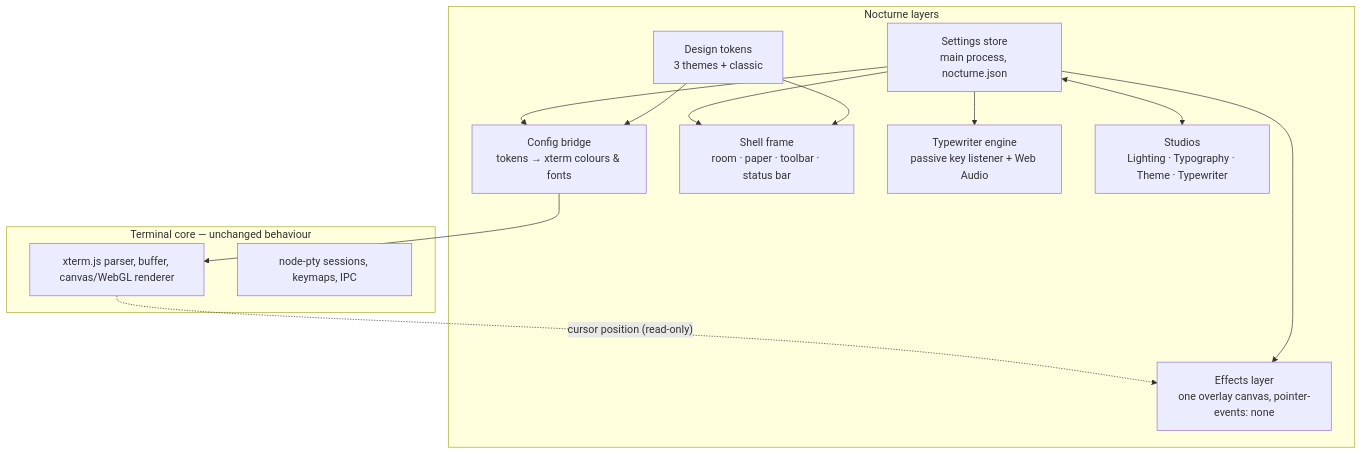
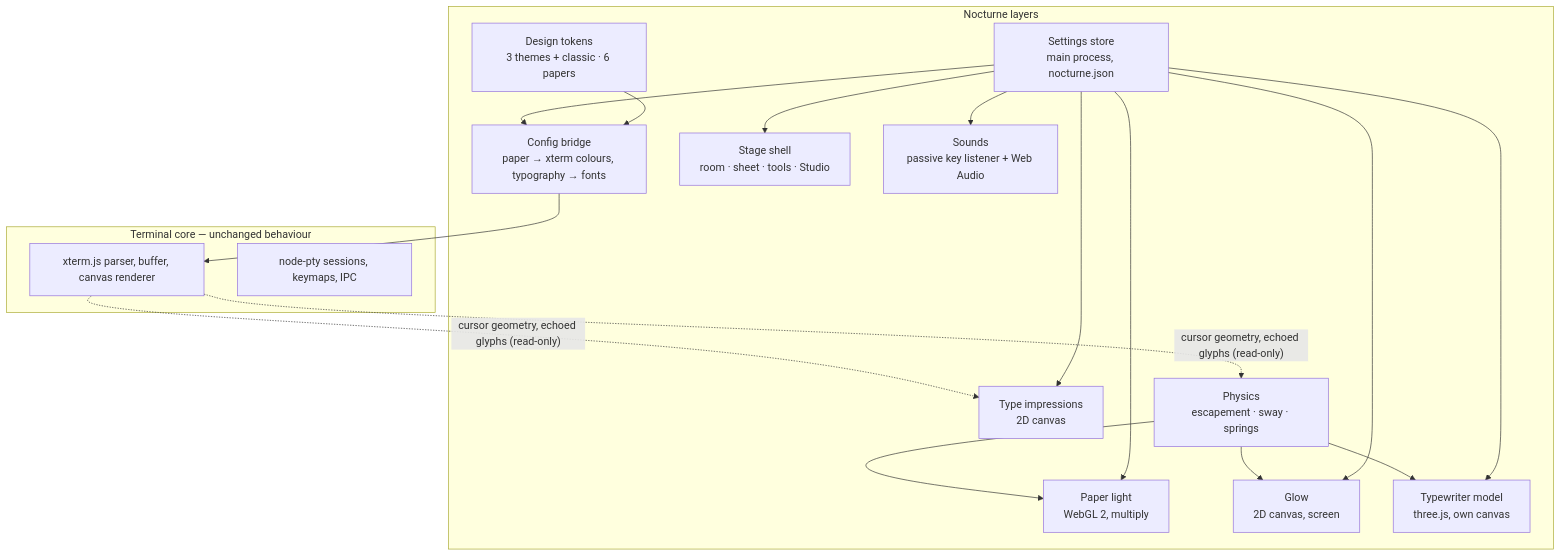
The second of 2 diagrams in docs/ARCHITECTURE.md (Chaosnap/Typewriter-Nocturne), drawn with Mermaid before and after one commit. The commit also changed other lines of this file and 14 other files, not shown here.

````diff
--- a/docs/ARCHITECTURE.md
+++ b/docs/ARCHITECTURE.md
@@ -202,21 +202,23 @@
 ```mermaid
 flowchart TB
   subgraph Untouched["Terminal core — unchanged behaviour"]
-    X[xterm.js parser, buffer, canvas/WebGL renderer]
+    X[xterm.js parser, buffer, canvas renderer]
     PT[node-pty sessions, keymaps, IPC]
   end
   subgraph Nocturne["Nocturne layers"]
-    TK[Design tokens<br/>3 themes + classic]
-    CFG[Config bridge<br/>tokens → xterm colours & fonts]
-    SH[Shell frame<br/>room · paper · toolbar · status bar]
-    FX[Effects layer<br/>one overlay canvas, pointer-events: none]
-    TW[Typewriter engine<br/>passive key listener + Web Audio]
-    STU[Studios<br/>Lighting · Typography · Theme · Typewriter]
+    TK[Design tokens<br/>3 themes + classic · 6 papers]
+    CFG[Config bridge<br/>paper → xterm colours, typography → fonts]
+    SH[Stage shell<br/>room · sheet · tools · Studio]
+    PL[Paper light<br/>WebGL 2, multiply]
+    GL[Glow<br/>2D canvas, screen]
+    INK[Type impressions<br/>2D canvas]
+    M3[Typewriter model<br/>three.js, own canvas]
+    PH[Physics<br/>escapement · sway · springs]
+    TW[Sounds<br/>passive key listener + Web Audio]
     STORE[Settings store<br/>main process, nocturne.json]
   end
   TK --> CFG --> X
-  TK --> SH
-  STORE <--> STU
-  STORE --> CFG & FX & TW & SH
-  X -. cursor position (read-only) .-> FX
+  STORE --> CFG & SH & PL & GL & INK & M3 & TW
+  X -. cursor geometry, echoed glyphs (read-only) .-> PH & INK
+  PH --> M3 & PL & GL
 ```
````
